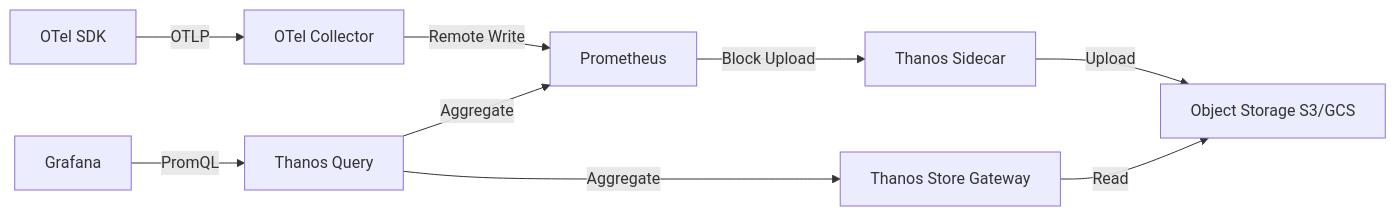
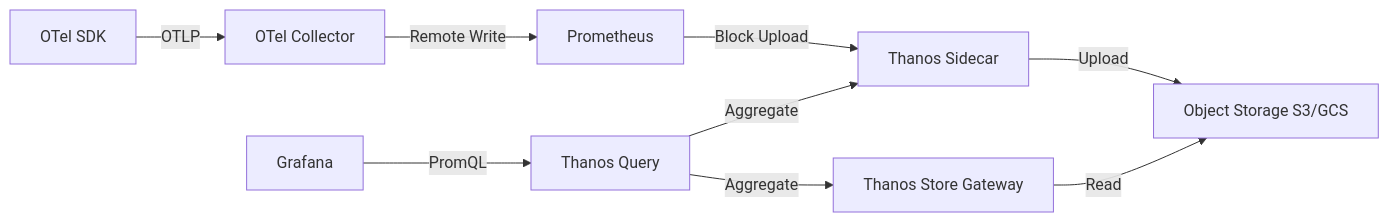
The diagram in posts/2026-02-06-thanos-long-term-opentelemetry-metrics-storage/README.md (OneUptime/blog), drawn with Mermaid before and after one commit. The commit also changed other lines of this file and 2 other files, not shown here.

Commit message:
validate: 2026-02-06-thanos-long-term-opentelemetry-metrics-storage

````diff
--- a/posts/2026-02-06-thanos-long-term-opentelemetry-metrics-storage/README.md
+++ b/posts/2026-02-06-thanos-long-term-opentelemetry-metrics-storage/README.md
@@ -19,11 +19,11 @@
 ```mermaid
 graph LR
     A[OTel SDK] -->|OTLP| B[OTel Collector]
     B -->|Remote Write| C[Prometheus]
     C -->|Block Upload| D[Thanos Sidecar]
     D -->|Upload| E[Object Storage S3/GCS]
     F[Thanos Store Gateway] -->|Read| E
-    G[Thanos Query] -->|Aggregate| C
+    G[Thanos Query] -->|Aggregate| D
     G -->|Aggregate| F
     H[Grafana] -->|PromQL| G
 ```
````
